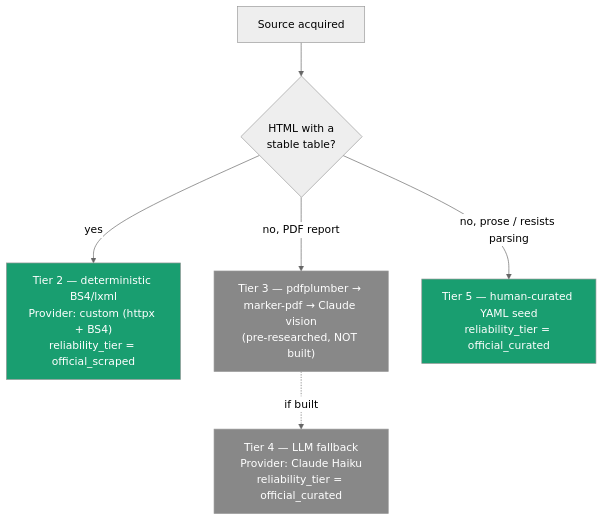
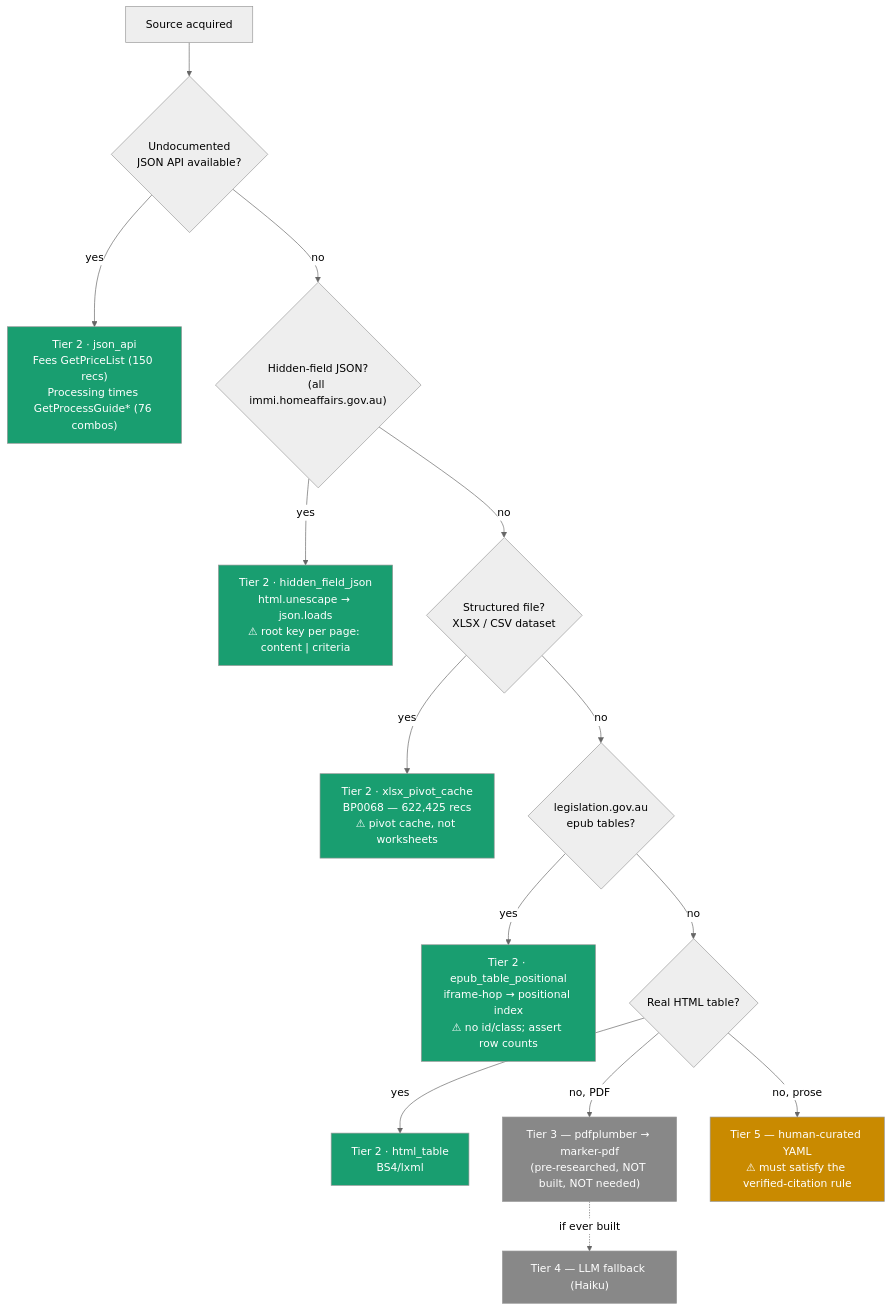
The third of 6 diagrams in docs/superpowers/specs/2026-08-16-koshi-etl-architecture.md (judasprabin/koshi), drawn with Mermaid (neutral theme) before and after one commit. The commit also changed other lines of this file, not shown here.

First line of the commit message:
docs: revise ETL architecture from the 2026-08-17 audit

````diff
--- a/docs/superpowers/specs/2026-08-16-koshi-etl-architecture.md
+++ b/docs/superpowers/specs/2026-08-16-koshi-etl-architecture.md
@@ -751,13 +786,25 @@
 ```mermaid
 flowchart TD
-    A["Source acquired"] --> B{"HTML with a<br/>stable table?"}
-    B -->|"yes"| C["Tier 2 — deterministic BS4/lxml<br/>Provider: custom (httpx + BS4)<br/>reliability_tier = official_scraped"]
-    B -->|"no, PDF report"| D["Tier 3 — pdfplumber → marker-pdf → Claude vision<br/>(pre-researched, NOT built)"]
-    B -->|"no, prose / resists parsing"| E["Tier 5 — human-curated YAML seed<br/>reliability_tier = official_curated"]
-    D -.->|"if built"| F["Tier 4 — LLM fallback<br/>Provider: Claude Haiku<br/>reliability_tier = official_curated"]
+    A["Source acquired"] --> B{"Undocumented<br/>JSON API available?"}
+    B -->|"yes"| C["Tier 2 · json_api<br/>Fees GetPriceList (150 recs)<br/>Processing times GetProcessGuide* (76 combos)"]
+    B -->|"no"| D{"Hidden-field JSON?<br/>(all immi.homeaffairs.gov.au)"}
+    D -->|"yes"| E["Tier 2 · hidden_field_json<br/>html.unescape → json.loads<br/>⚠ root key per page: content | criteria"]
+    D -->|"no"| F{"Structured file?<br/>XLSX / CSV dataset"}
+    F -->|"yes"| G["Tier 2 · xlsx_pivot_cache<br/>BP0068 — 622,425 recs<br/>⚠ pivot cache, not worksheets"]
+    F -->|"no"| H{"legislation.gov.au<br/>epub tables?"}
+    H -->|"yes"| I["Tier 2 · epub_table_positional<br/>iframe-hop → positional index<br/>⚠ no id/class; assert row counts"]
+    H -->|"no"| J{"Real HTML table?"}
+    J -->|"yes"| K["Tier 2 · html_table<br/>BS4/lxml"]
+    J -->|"no, PDF"| L["Tier 3 — pdfplumber → marker-pdf<br/>(pre-researched, NOT built, NOT needed)"]
+    J -->|"no, prose"| M["Tier 5 — human-curated YAML<br/>⚠ must satisfy the verified-citation rule"]
+    L -.->|"if ever built"| N["Tier 4 — LLM fallback (Haiku)"]
 
     style C fill:#199e70,color:#fff
     style E fill:#199e70,color:#fff
-    style D fill:#888,color:#fff
-    style F fill:#888,color:#fff
+    style G fill:#199e70,color:#fff
+    style I fill:#199e70,color:#fff
+    style K fill:#199e70,color:#fff
+    style M fill:#c98a00,color:#fff
+    style L fill:#888,color:#fff
+    style N fill:#888,color:#fff
 ```
````
